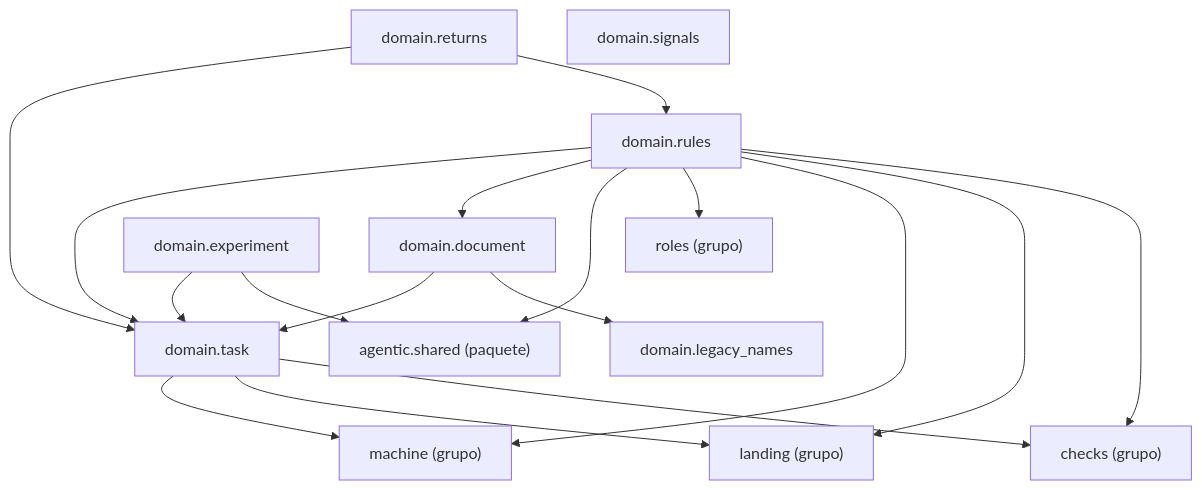
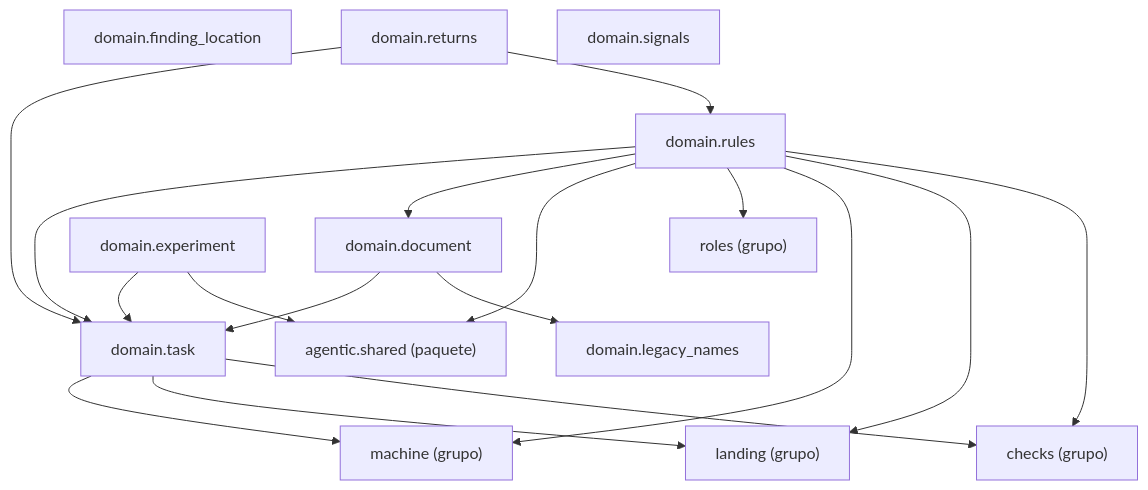
Before and after one commit to GonzaloZevallos/agentic-system: the diagram in docs/architecture/generated/packages-process-domain-state.md, drawn with Mermaid. The commit also changed 9 other files, not shown here.

````diff
--- a/docs/architecture/generated/packages-process-domain-state.md
+++ b/docs/architecture/generated/packages-process-domain-state.md
@@ -11,31 +11,32 @@
 ```mermaid
 graph TD
     g_domain__checks["checks (grupo)"]
     g_domain__landing["landing (grupo)"]
     g_domain__machine["machine (grupo)"]
     g_domain__roles["roles (grupo)"]
     g_pkg__agentic__shared["agentic.shared (paquete)"]
     m_domain__document["domain.document"]
     m_domain__experiment["domain.experiment"]
+    m_domain__finding_location["domain.finding_location"]
     m_domain__legacy_names["domain.legacy_names"]
     m_domain__returns["domain.returns"]
     m_domain__rules["domain.rules"]
     m_domain__signals["domain.signals"]
     m_domain__task["domain.task"]
     m_domain__document --> m_domain__legacy_names
     m_domain__document --> m_domain__task
     m_domain__experiment --> g_pkg__agentic__shared
     m_domain__experiment --> m_domain__task
     m_domain__returns --> m_domain__rules
     m_domain__returns --> m_domain__task
     m_domain__rules --> g_domain__checks
     m_domain__rules --> g_domain__landing
     m_domain__rules --> g_domain__machine
     m_domain__rules --> g_domain__roles
     m_domain__rules --> g_pkg__agentic__shared
     m_domain__rules --> m_domain__document
     m_domain__rules --> m_domain__task
     m_domain__task --> g_domain__checks
     m_domain__task --> g_domain__landing
     m_domain__task --> g_domain__machine
 ```
````
